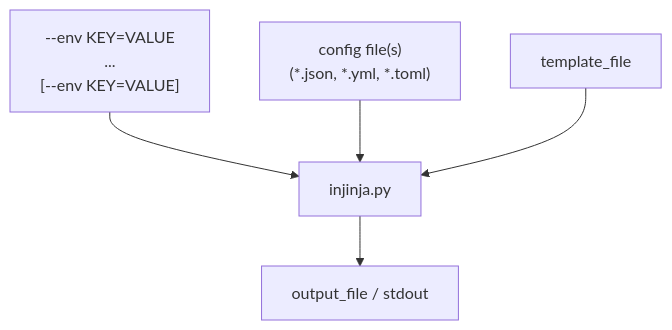
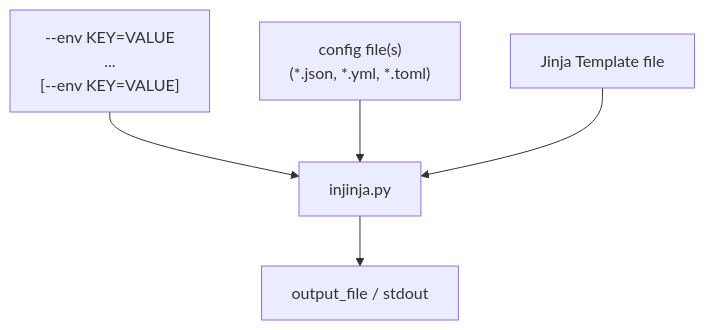
Before and after one commit to neozenith/injinja: the first of 3 diagrams in README.md, drawn with Mermaid. The commit also changed other lines of this file and 9 other files, not shown here.

````diff
--- a/README.md
+++ b/README.md
@@ -11,15 +17,18 @@
 ```mermaid
-%%{init: {"flowchart": {"htmlLabels": false}} }%%
 flowchart TD
     output["`output_file / stdout `"]
-    environment_variable["--env KEY=VALUE
+    environment_variable["
+    --env KEY=VALUE
     ...
     [--env KEY=VALUE]"]
+
     config_file["config file(s) 
     (*.json, *.yml, *.toml)"]
+
+    template_file["Jinja Template file"]
 
     environment_variable --> injinja.py
     config_file --> injinja.py
     template_file --> injinja.py
     injinja.py --> output
 ```
````
